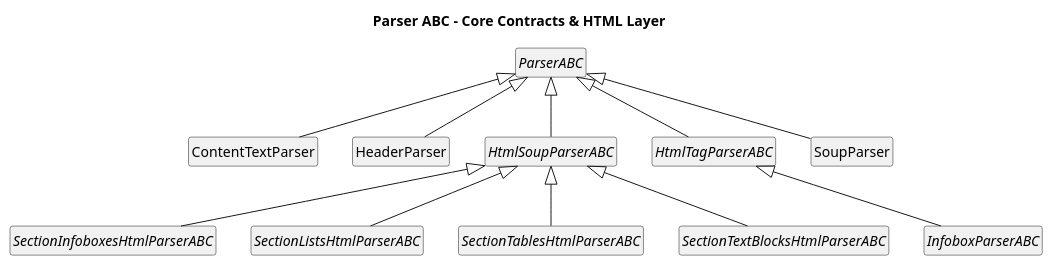
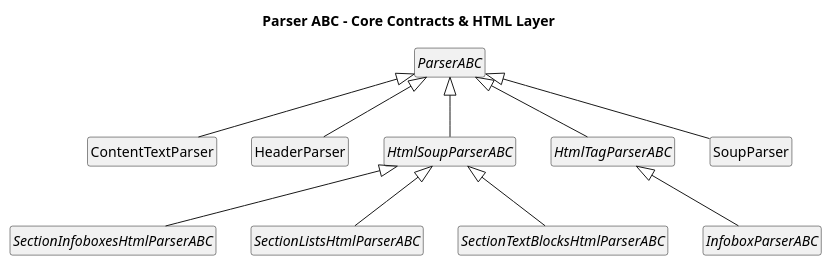
Before and after one commit to bgembalczyk/F1: the diagram in docs/uml/inheritance/parsers/01_parser_abc_core.puml, drawn with PlantUML. The commit also changed 53 other files, not shown here.

```diff
--- a/docs/uml/inheritance/parsers/01_parser_abc_core.puml
+++ b/docs/uml/inheritance/parsers/01_parser_abc_core.puml
@@ -1,30 +1,28 @@
 @startuml
 title Parser ABC – Core Contracts & HTML Layer
 skinparam classAttributeIconSize 0
 hide empty members
 hide circle
 
 class ContentTextParser
 class HeaderParser
 abstract class HtmlSoupParserABC
 abstract class HtmlTagParserABC
 abstract class InfoboxParserABC
 abstract class ParserABC
 abstract class SectionInfoboxesHtmlParserABC
 abstract class SectionListsHtmlParserABC
-abstract class SectionTablesHtmlParserABC
 abstract class SectionTextBlocksHtmlParserABC
 class SoupParser
 
 ParserABC <|-- ContentTextParser
 ParserABC <|-- HeaderParser
 ParserABC <|-- HtmlSoupParserABC
 ParserABC <|-- HtmlTagParserABC
 HtmlTagParserABC <|-- InfoboxParserABC
 HtmlSoupParserABC <|-- SectionInfoboxesHtmlParserABC
 HtmlSoupParserABC <|-- SectionListsHtmlParserABC
-HtmlSoupParserABC <|-- SectionTablesHtmlParserABC
 HtmlSoupParserABC <|-- SectionTextBlocksHtmlParserABC
 ParserABC <|-- SoupParser
 
 @enduml
```
